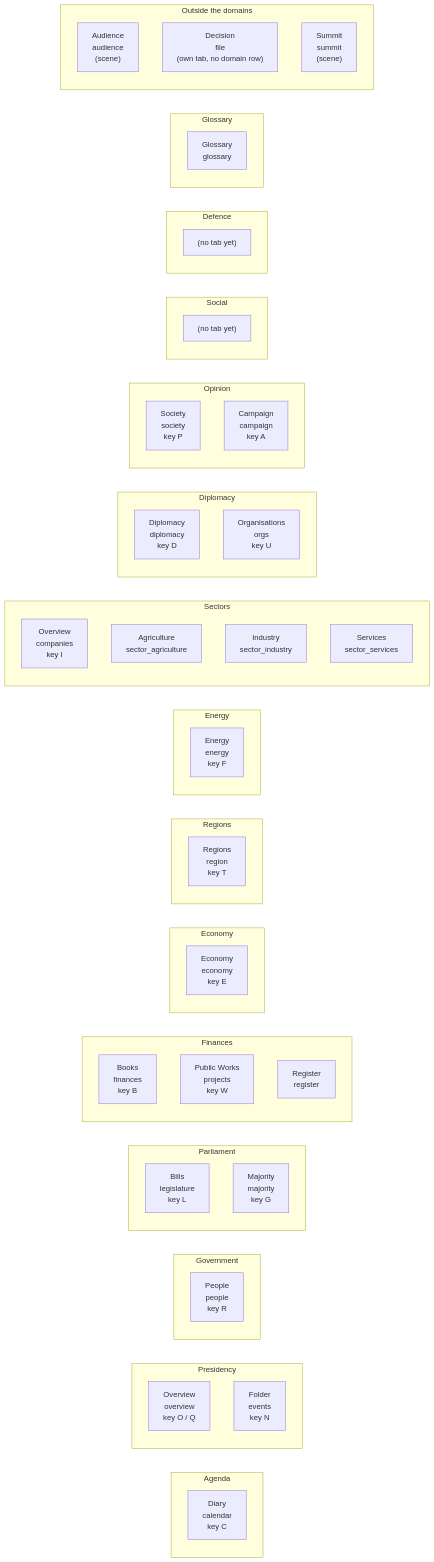
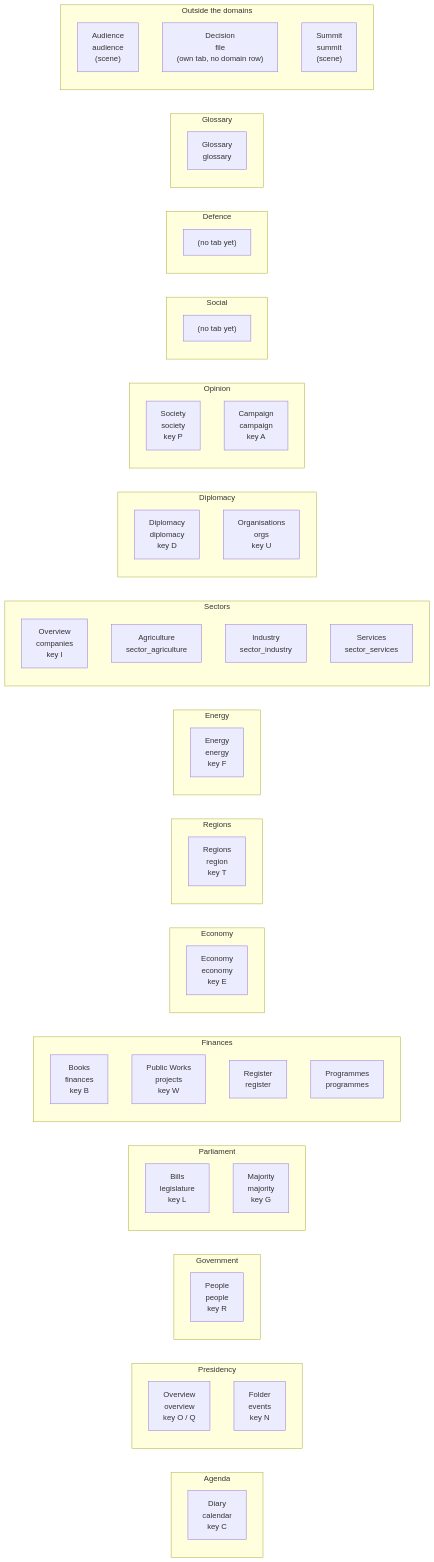
The diagram in docs/ui-map.md (powerbassist/World-simulator), drawn with Mermaid before and after one commit. The commit also changed other lines of this file and 17 other files, not shown here.

````diff
--- a/docs/ui-map.md
+++ b/docs/ui-map.md
@@ -17,74 +17,75 @@
 ```mermaid
 flowchart LR
   subgraph d_agenda["Agenda"]
     direction TB
     w_calendar["Diary<br/>calendar<br/>key C"]
   end
   subgraph d_presidency["Presidency"]
     direction TB
     w_overview["Overview<br/>overview<br/>key O / Q"]
     w_events["Folder<br/>events<br/>key N"]
   end
   subgraph d_government["Government"]
     direction TB
     w_people["People<br/>people<br/>key R"]
   end
   subgraph d_parliament["Parliament"]
     direction TB
     w_legislature["Bills<br/>legislature<br/>key L"]
     w_majority["Majority<br/>majority<br/>key G"]
   end
   subgraph d_finances["Finances"]
     direction TB
     w_finances["Books<br/>finances<br/>key B"]
     w_projects["Public Works<br/>projects<br/>key W"]
     w_register["Register<br/>register"]
+    w_programmes["Programmes<br/>programmes"]
   end
   subgraph d_economy["Economy"]
     direction TB
     w_economy["Economy<br/>economy<br/>key E"]
   end
   subgraph d_territory["Regions"]
     direction TB
     w_region["Regions<br/>region<br/>key T"]
   end
   subgraph d_energy["Energy"]
     direction TB
     w_energy["Energy<br/>energy<br/>key F"]
   end
   subgraph d_sectors["Sectors"]
     direction TB
     w_companies["Overview<br/>companies<br/>key I"]
     w_sector_agriculture["Agriculture<br/>sector_agriculture"]
     w_sector_industry["Industry<br/>sector_industry"]
     w_sector_services["Services<br/>sector_services"]
   end
   subgraph d_diplomacy["Diplomacy"]
     direction TB
     w_diplomacy["Diplomacy<br/>diplomacy<br/>key D"]
     w_orgs["Organisations<br/>orgs<br/>key U"]
   end
   subgraph d_opinion["Opinion"]
     direction TB
     w_society["Society<br/>society<br/>key P"]
     w_campaign["Campaign<br/>campaign<br/>key A"]
   end
   subgraph d_social["Social"]
     direction TB
     social_none["(no tab yet)"]
   end
   subgraph d_defence["Defence"]
     direction TB
     defence_none["(no tab yet)"]
   end
   subgraph d_glossary["Glossary"]
     direction TB
     w_glossary["Glossary<br/>glossary"]
   end
   subgraph outside["Outside the domains"]
     direction TB
     w_audience["Audience<br/>audience<br/>(scene)"]
     w_file["Decision<br/>file<br/>(own tab, no domain row)"]
     w_summit["Summit<br/>summit<br/>(scene)"]
   end
 ```
````
